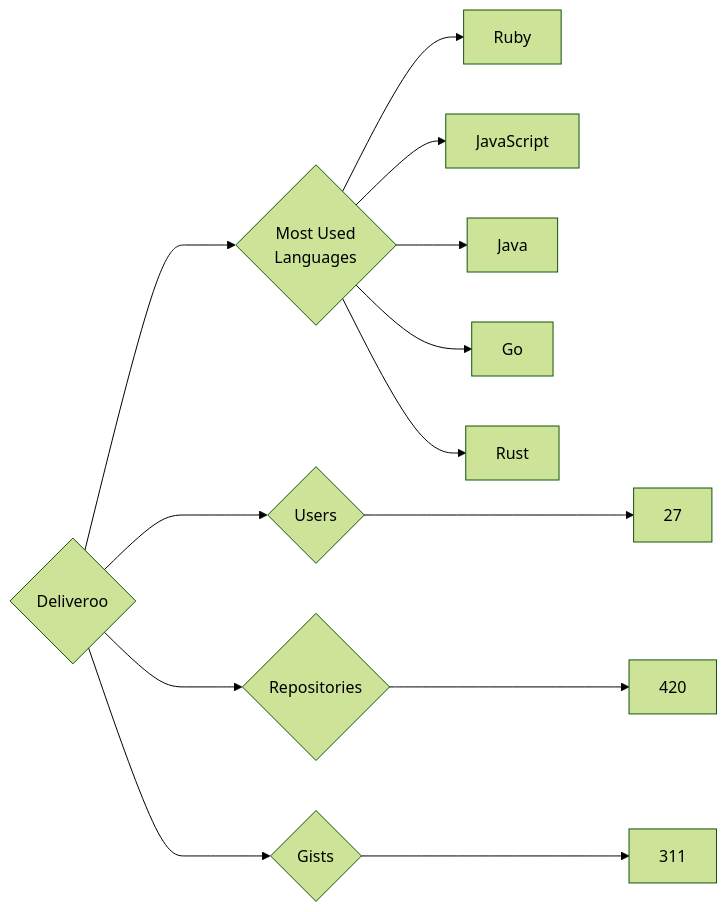
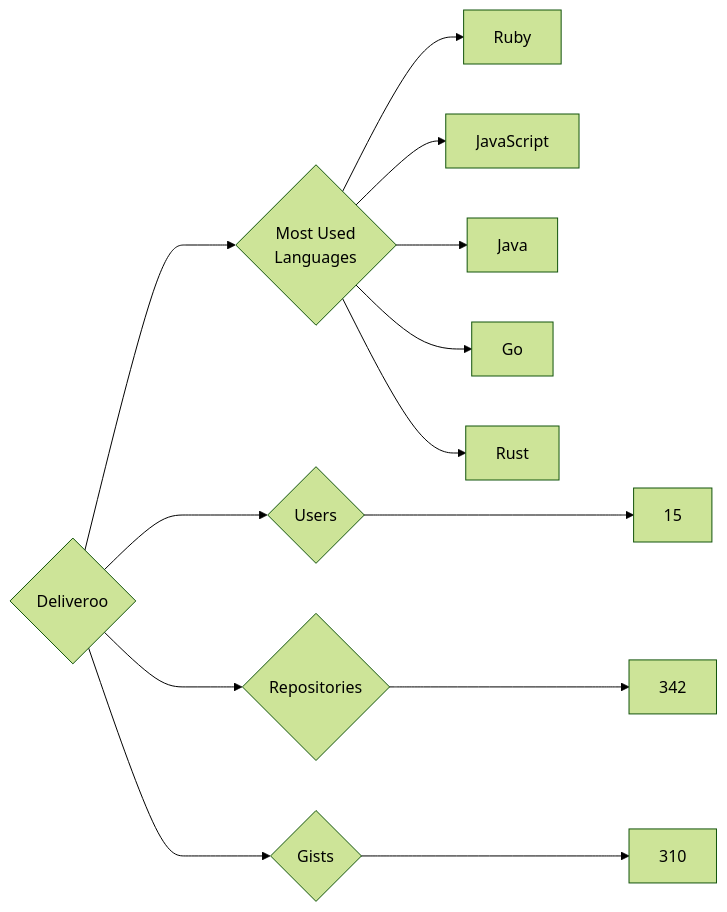
Before and after one commit to trickest/insiders: the diagram in targets/Deliveroo/README.md, drawn with Mermaid (forest theme). The commit also changed 757 other files, not shown here.

````diff
--- a/targets/Deliveroo/README.md
+++ b/targets/Deliveroo/README.md
@@ -3,13 +3,13 @@
 ```mermaid
 graph LR
 COMPANY_NAME{Deliveroo}
-COMPANY_NAME ---> U{Users} ---> UN[27]
-COMPANY_NAME ---> R{Repositories} ---> RN[420]
-COMPANY_NAME ---> G{Gists} ---> GN[311]
+COMPANY_NAME ---> U{Users} ---> UN[15]
+COMPANY_NAME ---> R{Repositories} ---> RN[342]
+COMPANY_NAME ---> G{Gists} ---> GN[310]
 COMPANY_NAME ---> ML{Most Used<br>Languages}
 ML --> Ruby[Ruby]
 ML --> JavaScript[JavaScript]
 ML --> Java[Java]
 ML --> Go[Go]
 ML --> Rust[Rust]
 ```
````
